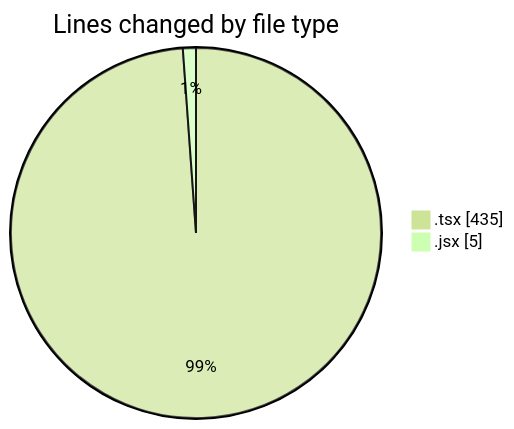
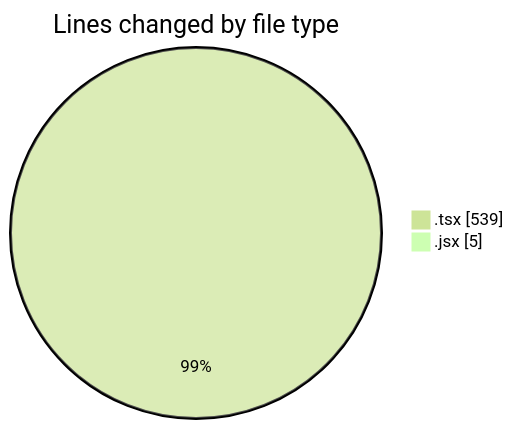
The first of 2 diagrams in 2025-10-13/scopecraft/README.md (Ritupan-Deka/code-tracking), drawn with Mermaid (forest theme) before and after one commit. The commit also changed other lines of this file and 1 other file, not shown here.

````diff
--- a/2025-10-13/scopecraft/README.md
+++ b/2025-10-13/scopecraft/README.md
@@ -26,6 +28,6 @@
 ```mermaid
 pie showData
 title Lines changed by file type
-".tsx" : 435
+".tsx" : 539
 ".jsx" : 5
 ```
````
